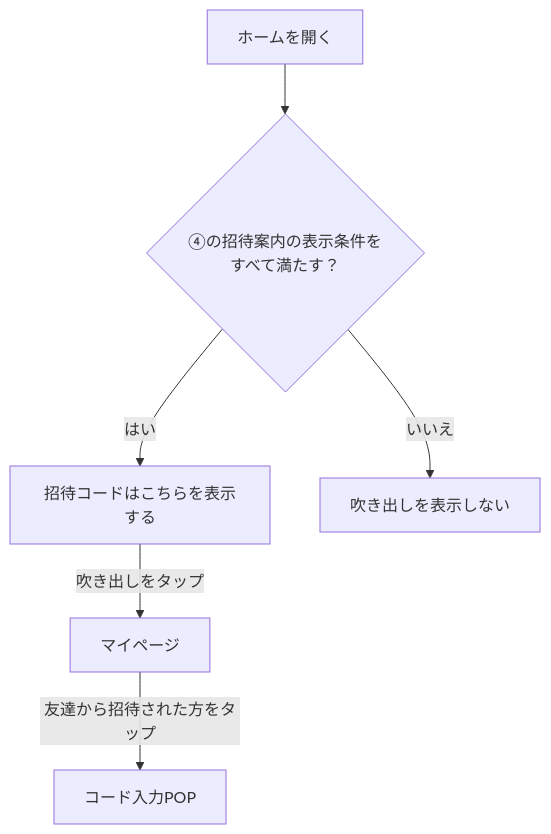
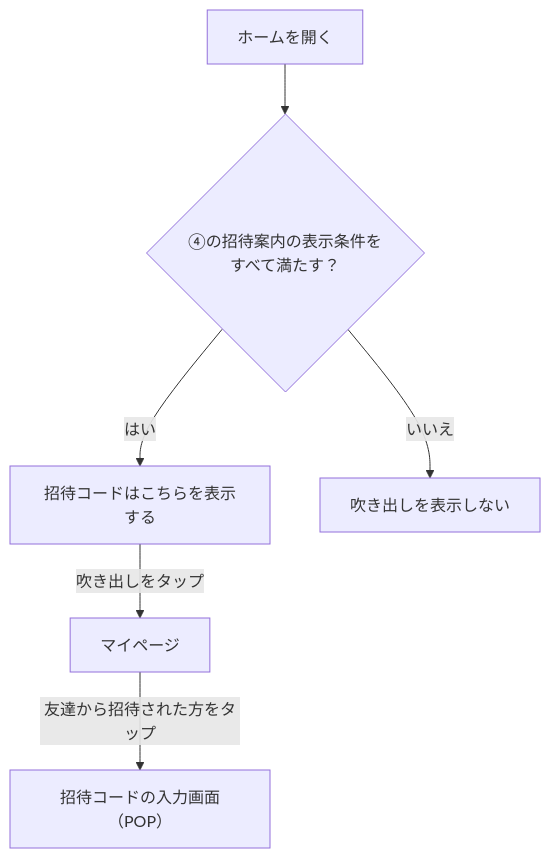
Before and after one commit to Min-Thu-Khant/pochipo-mock-en: the fifth of 5 diagrams in docs/prd/features/F02-home.md, drawn with Mermaid. The commit also changed other lines of this file, not shown here.

````diff
--- a/docs/prd/features/F02-home.md
+++ b/docs/prd/features/F02-home.md
@@ -168,8 +162,8 @@
 ```mermaid
 flowchart TD
   H["ホームを開く"] --> C{"④の招待案内の表示条件をすべて満たす？"}
   C -->|はい| B["招待コードはこちらを表示する"]
   C -->|いいえ| X["吹き出しを表示しない"]
   B -->|吹き出しをタップ| M["マイページ"]
-  M -->|友達から招待された方をタップ| P["コード入力POP"]
+  M -->|友達から招待された方をタップ| P["招待コードの入力画面（POP）"]
 ```
````
